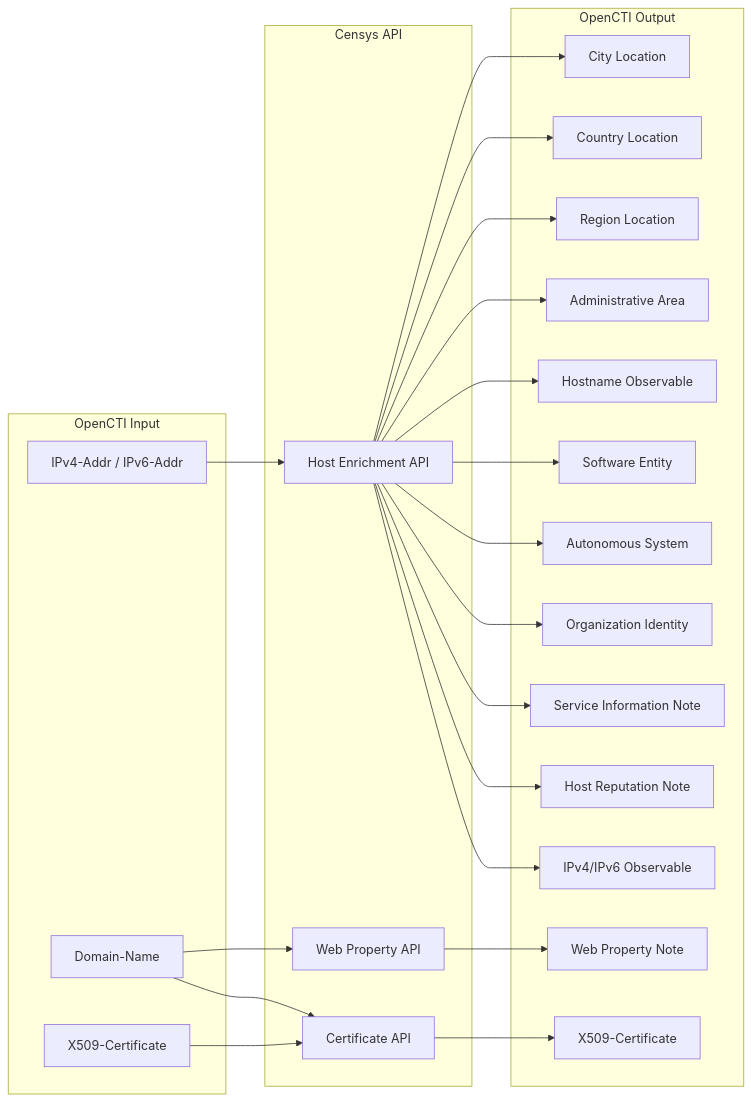
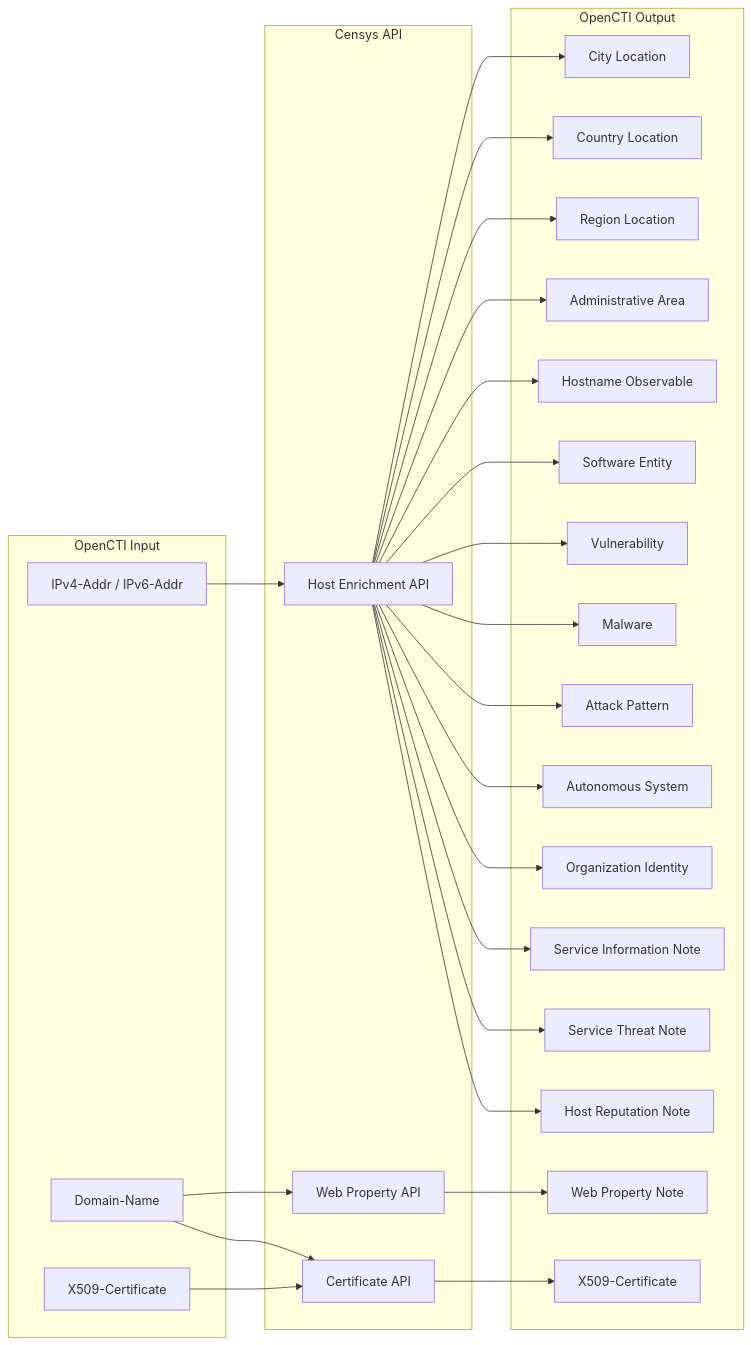
One commit to OpenCTI-Platform/connectors changed the diagram in internal-enrichment/censys-enrichmentapis/README.md. Above: the diagram before and after it, drawn with Mermaid. The commit also changed other lines of this file and 14 other files, not shown here.

````diff
--- a/internal-enrichment/censys-enrichmentapis/README.md
+++ b/internal-enrichment/censys-enrichmentapis/README.md
@@ -174,48 +183,54 @@
 ```mermaid
 graph LR
     subgraph OpenCTI Input
         IP[IPv4-Addr / IPv6-Addr]
         Domain[Domain-Name]
         Cert[X509-Certificate]
     end
 
     subgraph Censys API
         hostEnrichmentAPI[Host Enrichment API]
         WebPropertyAPI[Web Property API]
         CertAPI[Certificate API]
     end
 
     subgraph OpenCTI Output
         City[City Location]
         Country[Country Location]
         Region[Region Location]
         AdminArea[Administrative Area]
         Hostname[Hostname Observable]
         Software[Software Entity]
+        Vulnerability[Vulnerability]
+        Malware[Malware]
+        AttackPattern[Attack Pattern]
         Certificate[X509-Certificate]
         AS[Autonomous System]
         Org[Organization Identity]
         ServiceNote[Service Information Note]
+        ThreatNote[Service Threat Note]
         ReputationNote[Host Reputation Note]
         WebPropertyNote[Web Property Note]
-        IPOut[IPv4/IPv6 Observable]
     end
 
     IP --> hostEnrichmentAPI
     Domain --> WebPropertyAPI
     Domain --> CertAPI
     Cert --> CertAPI
     hostEnrichmentAPI --> City
     hostEnrichmentAPI --> Country
     hostEnrichmentAPI --> Region
     hostEnrichmentAPI --> AdminArea
     hostEnrichmentAPI --> Hostname
     hostEnrichmentAPI --> Software
+    hostEnrichmentAPI --> Vulnerability
+    hostEnrichmentAPI --> Malware
+    hostEnrichmentAPI --> AttackPattern
     hostEnrichmentAPI --> AS
     hostEnrichmentAPI --> Org
     hostEnrichmentAPI --> ServiceNote
+    hostEnrichmentAPI --> ThreatNote
     hostEnrichmentAPI --> ReputationNote
-    hostEnrichmentAPI --> IPOut
     WebPropertyAPI --> WebPropertyNote
     CertAPI --> Certificate
 ```
````
